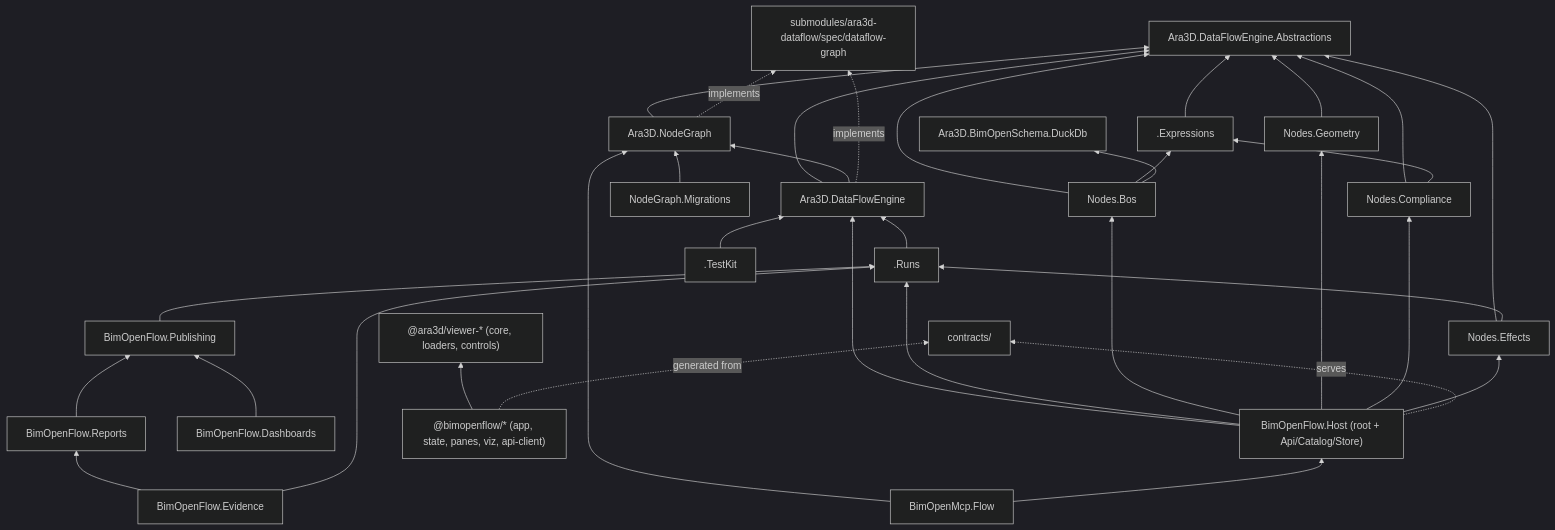
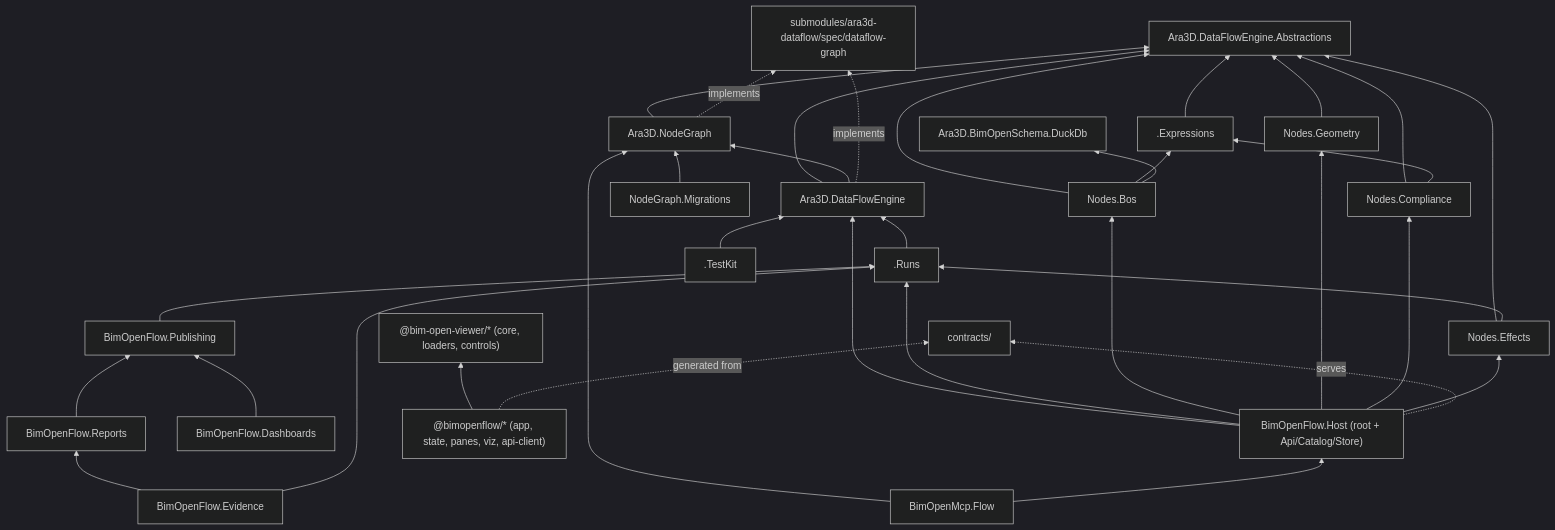
The diagram in docs/bimopenflow-structure.md (ara3d/bim-open-toolkit), drawn with Mermaid (dark theme) before and after one commit. The commit also changed other lines of this file and 991 other files, not shown here.

First line of the commit message:
Take the 3D viewer from bim-open-viewer through deps/ (repository split, phase 2)

````diff
--- a/docs/bimopenflow-structure.md
+++ b/docs/bimopenflow-structure.md
@@ -361,59 +361,59 @@
 ```mermaid
 graph BT
   spec[submodules/ara3d-dataflow/spec/dataflow-graph]
   contracts[contracts/]
   ABS[Ara3D.DataFlowEngine.Abstractions]
   NG[Ara3D.NodeGraph]
   ENG[Ara3D.DataFlowEngine]
   EXP[.Expressions]
   RUNS[.Runs]
   TK[.TestKit]
   MIG[NodeGraph.Migrations]
   DUCK[Ara3D.BimOpenSchema.DuckDb]
   BOS[Nodes.Bos]
   GEO[Nodes.Geometry]
   CMP[Nodes.Compliance]
   EFF[Nodes.Effects]
   HOST["BimOpenFlow.Host (root + Api/Catalog/Store)"]
   MCP[BimOpenMcp.Flow]
   PUB[BimOpenFlow.Publishing]
   DASH[BimOpenFlow.Dashboards]
   REP[BimOpenFlow.Reports]
   EVID[BimOpenFlow.Evidence]
-  VIEW["@ara3d/viewer-* (core, loaders, controls)"]
+  VIEW["@bim-open-viewer/* (core, loaders, controls)"]
   WEB["@bimopenflow/* (app, state, panes, viz, api-client)"]
 
   NG --> ABS
   ENG --> ABS
   ENG --> NG
   EXP --> ABS
   RUNS --> ENG
   TK --> ENG
   MIG --> NG
   BOS --> ABS
   BOS --> EXP
   BOS --> DUCK
   GEO --> ABS
   CMP --> ABS
   CMP --> EXP
   EFF --> ABS
   EFF --> RUNS
   HOST --> ENG
   HOST --> RUNS
   HOST --> BOS
   HOST --> GEO
   HOST --> CMP
   HOST --> EFF
   MCP --> NG
   MCP --> HOST
   PUB --> RUNS
   DASH --> PUB
   REP --> PUB
   EVID --> REP
   EVID --> RUNS
   WEB --> VIEW
   NG -. implements .-> spec
   ENG -. implements .-> spec
   HOST -. serves .-> contracts
   WEB -. generated from .-> contracts
 ```
````
